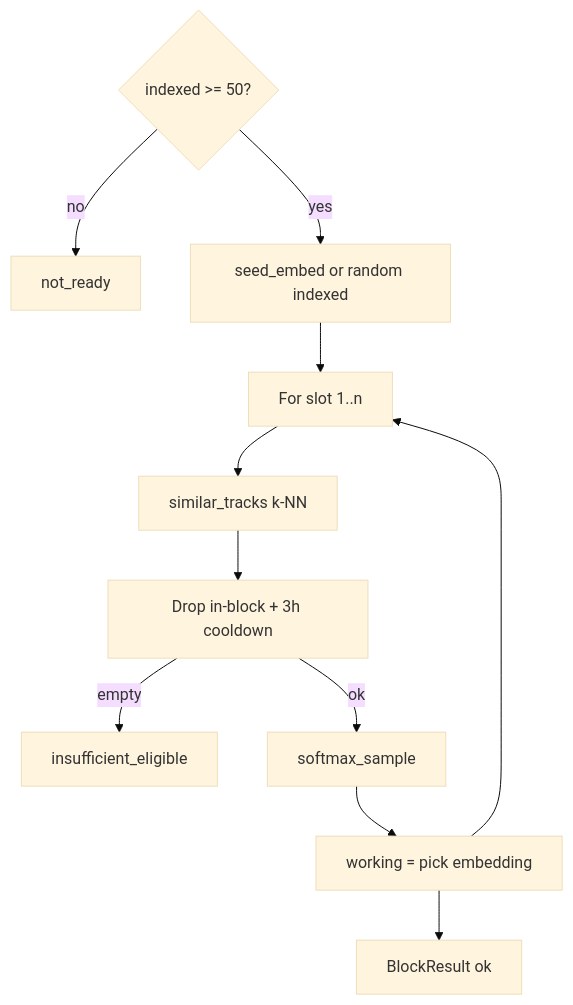
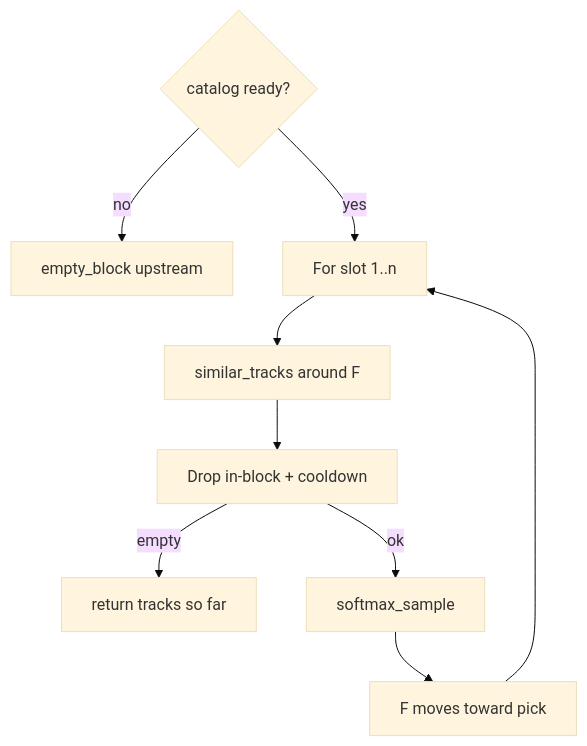
One commit to AdamPSU/agent-dj changed the diagram in wiki/concepts/recommendation-blocks.md. Above: the diagram before and after it, drawn with Mermaid (base theme). The commit also changed other lines of this file and 16 other files, not shown here.

First line of the commit message:
Update wiki for claude_dj layout and install flow

````diff
--- a/wiki/concepts/recommendation-blocks.md
+++ b/wiki/concepts/recommendation-blocks.md
@@ -32,13 +38,11 @@
 ```mermaid
 flowchart TD
-  Ready{"indexed >= 50?"} -->|no| NR["not_ready"]
-  Ready -->|yes| Seed["seed_embed or random indexed"]
-  Seed --> Loop["For slot 1..n"]
-  Loop --> NN["similar_tracks k-NN"]
-  NN --> Filter["Drop in-block + 3h cooldown"]
-  Filter -->|empty| IE["insufficient_eligible"]
+  Ready{"catalog ready?"} -->|no| Empty["empty_block upstream"]
+  Ready -->|yes| Loop["For slot 1..n"]
+  Loop --> NN["similar_tracks around F"]
+  NN --> Filter["Drop in-block + cooldown"]
+  Filter -->|empty| End["return tracks so far"]
   Filter -->|ok| Soft["softmax_sample"]
-  Soft --> Chain["working = pick embedding"]
-  Chain --> Loop
-  Chain --> Done["BlockResult ok"]
+  Soft --> Nudge["F moves toward pick"]
+  Nudge --> Loop
 ```
````
